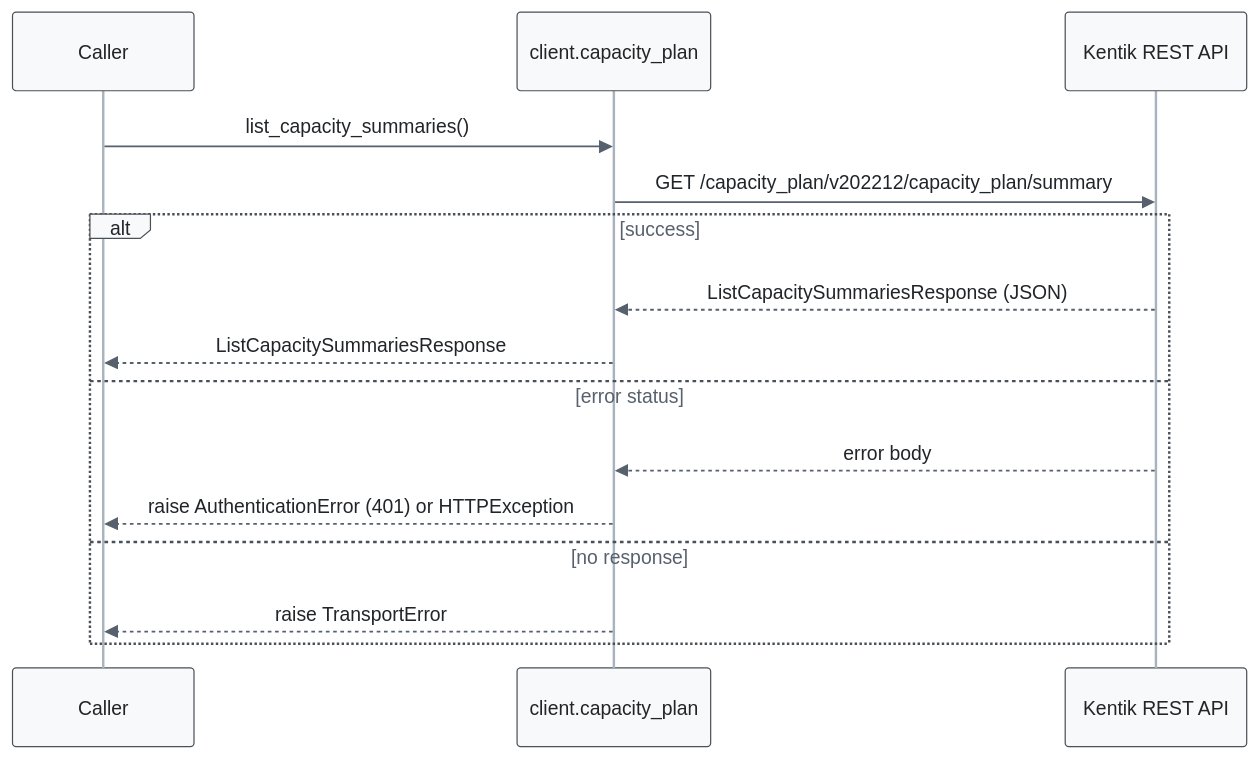
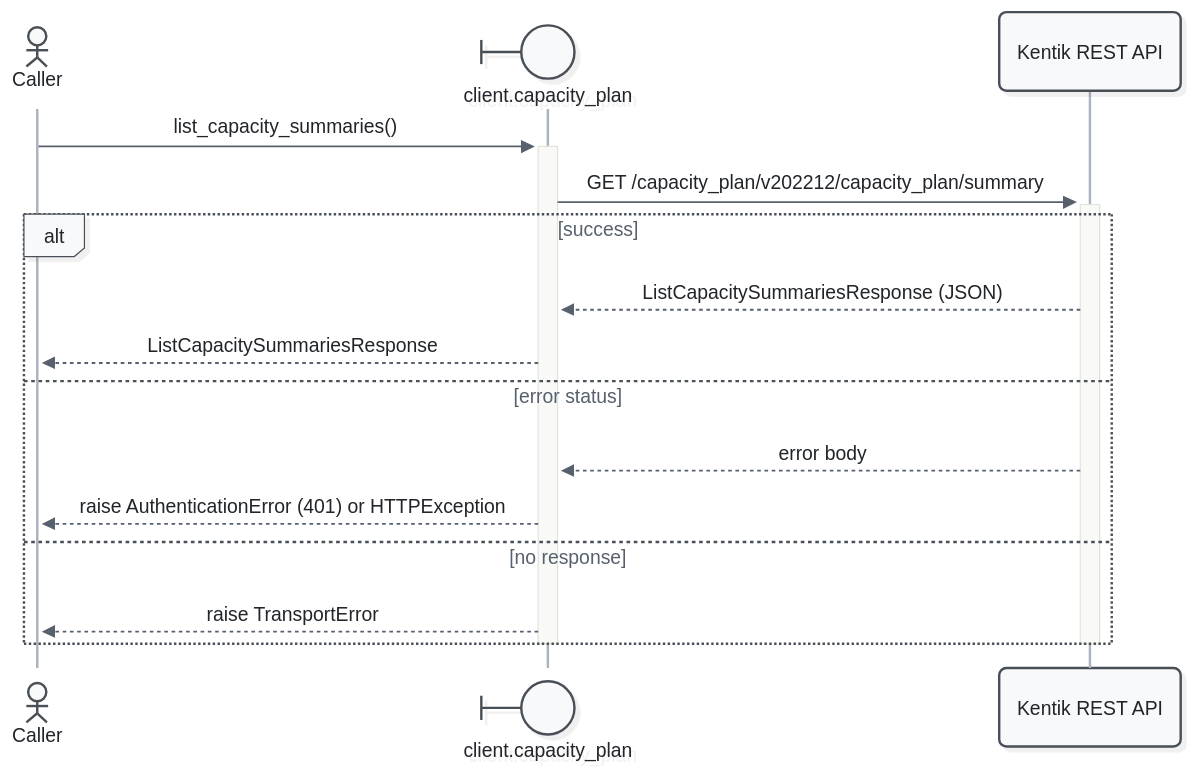
The third of 9 diagrams in docs/sphinx/services/capacity_plan.md (alexdearaujo/community_sdk_python), drawn with Mermaid before and after one commit. The commit also changed other lines of this file and 52 other files, not shown here.

First line of the commit message:
docs: Mermaid 12 sequence diagrams with participant types and path colors

````diff
--- a/docs/sphinx/services/capacity_plan.md
+++ b/docs/sphinx/services/capacity_plan.md
@@ -103,19 +108,21 @@
 ```mermaid
-%%{init: {"theme": "base", "fontFamily": "ui-monospace, SFMono-Regular, Menlo, monospace", "themeVariables": {"fontFamily": "ui-monospace, SFMono-Regular, Menlo, monospace", "primaryColor": "#f8f9fa", "primaryBorderColor": "#495057", "primaryTextColor": "#212529", "textColor": "#212529", "lineColor": "#77818c", "edgeLabelBackground": "#ffffff", "actorBkg": "#f8f9fa", "actorBorder": "#495057", "actorTextColor": "#212529", "actorLineColor": "#a9b3be", "signalColor": "#57616d", "signalTextColor": "#212529", "labelBoxBkgColor": "#f8f9fa", "labelBoxBorderColor": "#495057", "labelTextColor": "#212529", "loopTextColor": "#57616d", "noteBkgColor": "#fff9db", "noteBorderColor": "#f08c00", "noteTextColor": "#a35a00"}, "flowchart": {"curve": "step", "nodeSpacing": 30, "rankSpacing": 70, "wrappingWidth": 400}}}%%
+%%{init: {"theme": "redux", "look": "neo", "layout": "dagre", "fontFamily": "ui-monospace, SFMono-Regular, Menlo, monospace", "themeVariables": {"fontFamily": "ui-monospace, SFMono-Regular, Menlo, monospace", "primaryColor": "#f8f9fa", "primaryBorderColor": "#495057", "primaryTextColor": "#212529", "textColor": "#212529", "lineColor": "#77818c", "edgeLabelBackground": "#ffffff", "actorBkg": "#f8f9fa", "actorBorder": "#495057", "actorTextColor": "#212529", "actorLineColor": "#a9b3be", "signalColor": "#57616d", "signalTextColor": "#212529", "labelBoxBkgColor": "#f8f9fa", "labelBoxBorderColor": "#495057", "labelTextColor": "#212529", "loopTextColor": "#57616d", "noteBkgColor": "#fff9db", "noteBorderColor": "#f08c00", "noteTextColor": "#a35a00"}, "sequence": {"activationWidth": 16}, "flowchart": {"curve": "step", "nodeSpacing": 30, "rankSpacing": 70, "wrappingWidth": 400}}}%%
 sequenceDiagram
-    participant C as Caller
-    participant W as client.capacity_plan
+    actor C as Caller
+    participant W@{ "type": "boundary" } as client.capacity_plan
     participant API as Kentik REST API
 
-    C->>W: list_capacity_summaries()
-    W->>API: GET /capacity_plan/v202212/capacity_plan/summary
+    C->>+W: list_capacity_summaries()
+    W->>+API: GET /capacity_plan/v202212/capacity_plan/summary
     alt success
         API-->>W: ListCapacitySummariesResponse (JSON)
         W-->>C: ListCapacitySummariesResponse
     else error status
         API-->>W: error body
         W-->>C: raise AuthenticationError (401) or HTTPException
     else no response
         W-->>C: raise TransportError
     end
+    deactivate API
+    deactivate W
 ```
````
